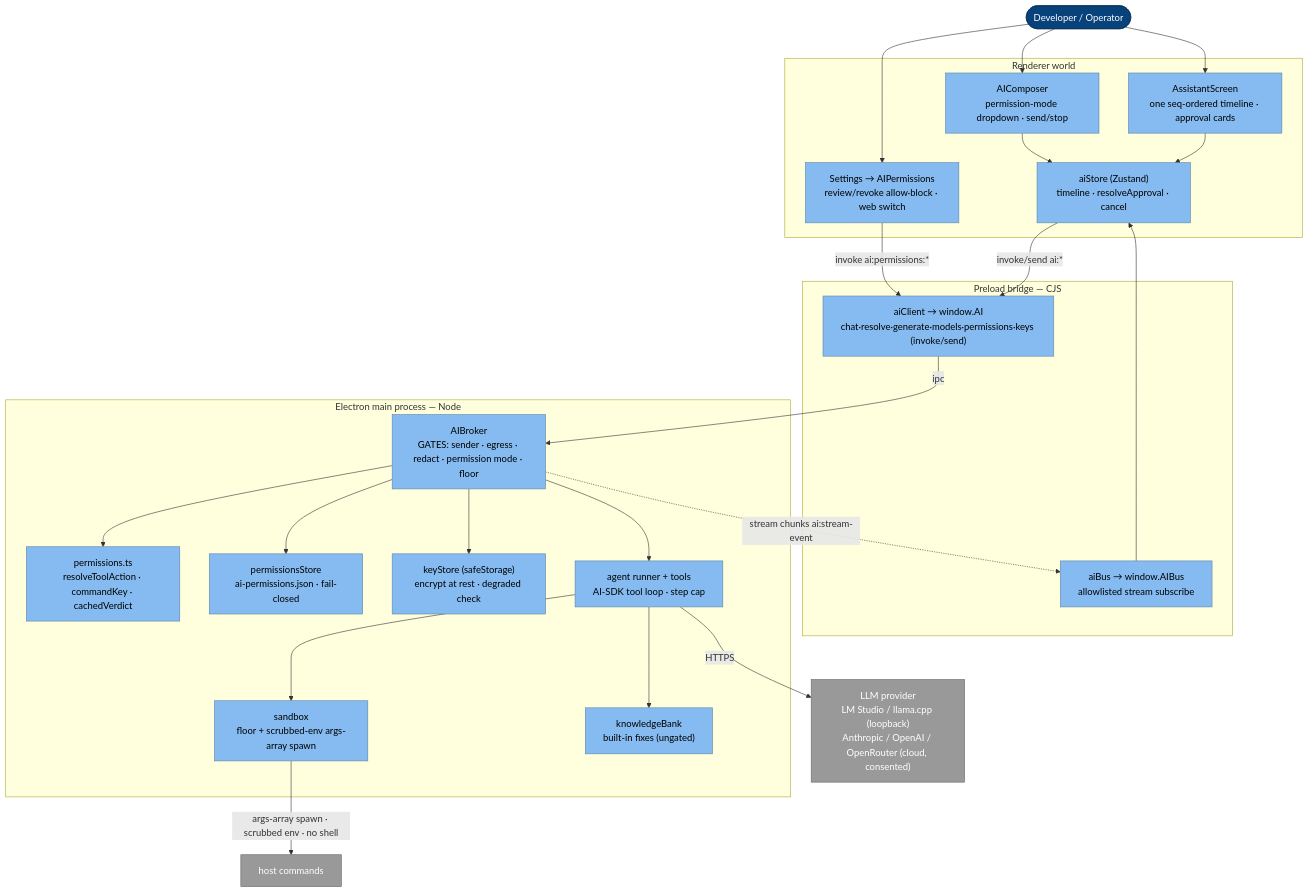
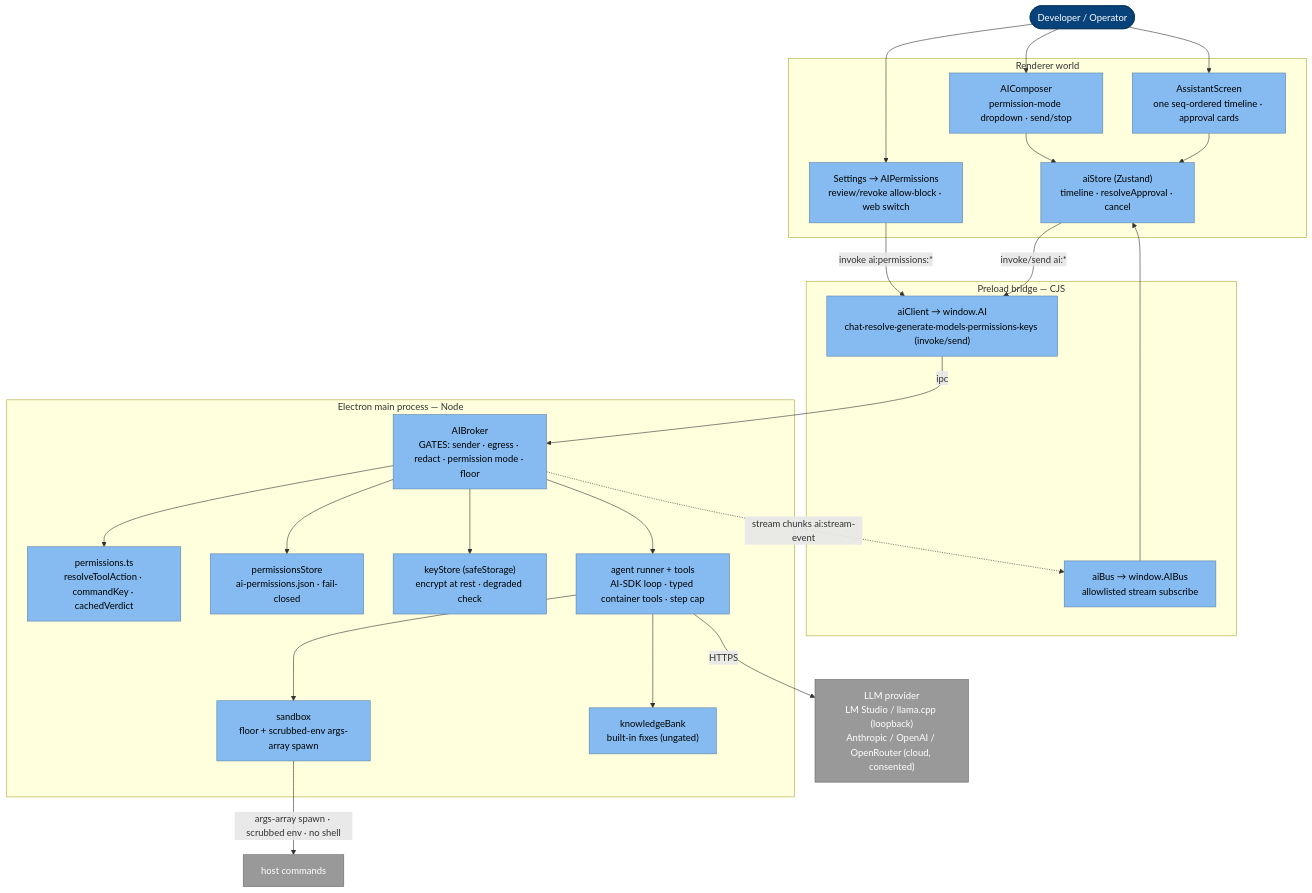
The second of 5 diagrams in docs/architecture/ai-subsystem.md (iongion/container-desktop), drawn with Mermaid before and after one commit. The commit also changed other lines of this file and 39 other files, not shown here.

````diff
--- a/docs/architecture/ai-subsystem.md
+++ b/docs/architecture/ai-subsystem.md
@@ -76,51 +76,51 @@
 ```mermaid
 flowchart TB
   user([Developer / Operator]):::person
 
   subgraph rdr[Renderer world]
     screen["AssistantScreen<br/>one seq-ordered timeline · approval cards"]:::component
     composer["AIComposer<br/>permission-mode dropdown · send/stop"]:::component
     perms["Settings → AIPermissions<br/>review/revoke allow·block · web switch"]:::component
     aistore["aiStore (Zustand)<br/>timeline · resolveApproval · cancel"]:::component
   end
 
   subgraph pre[Preload bridge — CJS]
     client["aiClient → window.AI<br/>chat·resolve·generate·models·permissions·keys (invoke/send)"]:::component
     bus["aiBus → window.AIBus<br/>allowlisted stream subscribe"]:::component
   end
 
   subgraph main[Electron main process — Node]
     broker["AIBroker<br/>GATES: sender · egress · redact · permission mode · floor"]:::component
     policy["permissions.ts<br/>resolveToolAction · commandKey · cachedVerdict"]:::component
     permstore["permissionsStore<br/>ai-permissions.json · fail-closed"]:::component
     keystore["keyStore (safeStorage)<br/>encrypt at rest · degraded check"]:::component
-    runner["agent runner + tools<br/>AI-SDK tool loop · step cap"]:::component
+    runner["agent runner + tools<br/>AI-SDK loop · typed container tools · step cap"]:::component
     sandbox["sandbox<br/>floor + scrubbed-env args-array spawn"]:::component
     know["knowledgeBank<br/>built-in fixes (ungated)"]:::component
   end
 
   provider["LLM provider<br/>LM Studio / llama.cpp (loopback)<br/>Anthropic / OpenAI / OpenRouter (cloud, consented)"]:::external
 
   user --> screen
   user --> composer
   user --> perms
   screen --> aistore
   composer --> aistore
   aistore -->|invoke/send ai:*| client
   perms -->|invoke ai:permissions:*| client
   client -->|ipc| broker
   broker --> policy
   broker --> permstore
   broker --> keystore
   broker --> runner
   runner --> sandbox
   runner --> know
   sandbox -->|args-array spawn · scrubbed env · no shell| host["host commands"]:::external
   runner -->|HTTPS| provider
   broker -.->|stream chunks ai:stream-event| bus
   bus --> aistore
 
   classDef person fill:#08427b,color:#fff,stroke:#052e56;
   classDef component fill:#85bbf0,color:#000,stroke:#5d82a8;
   classDef external fill:#999,color:#fff,stroke:#666;
 ```
````
